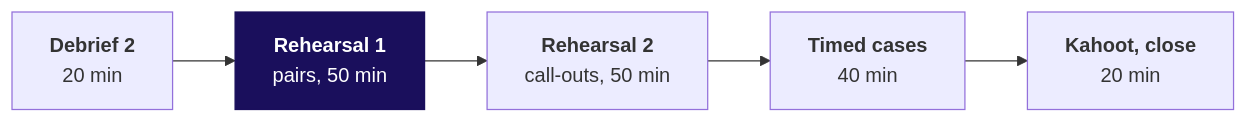
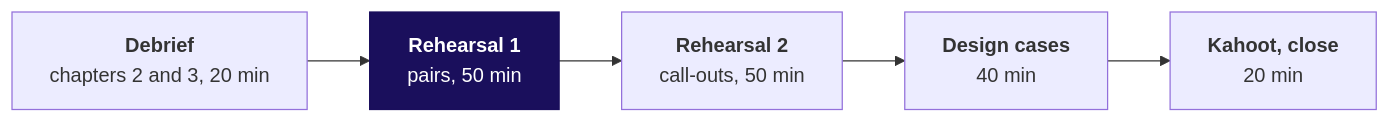
Before and after one commit to fde-academy-lab/c2-content-factory: the second of 2 diagrams in content/W01/D5/trainer/C2_W01_D05_day_sheet_TRAINER.md, drawn with Mermaid. The commit also changed other lines of this file and 11 other files, not shown here.

First line of the commit message:
W01 D5: day sheet, observation sheet, lab key, notes and provenance carry the three debrief chapters, the design cases and the checked sources; decks rebuilt

````diff
--- a/content/W01/D5/trainer/C2_W01_D05_day_sheet_TRAINER.md
+++ b/content/W01/D5/trainer/C2_W01_D05_day_sheet_TRAINER.md
@@ -41,6 +48,6 @@
 ```mermaid
 flowchart LR
-    D["<b>Debrief 2</b><br/>20 min"] --> R1["<b>Rehearsal 1</b><br/>pairs, 50 min"] --> R2["<b>Rehearsal 2</b><br/>call-outs, 50 min"] --> C["<b>Timed cases</b><br/>40 min"] --> K["<b>Kahoot, close</b><br/>20 min"]
+    D["<b>Debrief</b><br/>chapters 2 and 3, 20 min"] --> R1["<b>Rehearsal 1</b><br/>pairs, 50 min"] --> R2["<b>Rehearsal 2</b><br/>call-outs, 50 min"] --> C["<b>Design cases</b><br/>40 min"] --> K["<b>Kahoot, close</b><br/>20 min"]
     classDef core fill:#1A0F5C,stroke:#1A0F5C,color:#FFFFFF
     class R1 core
 ```
````
